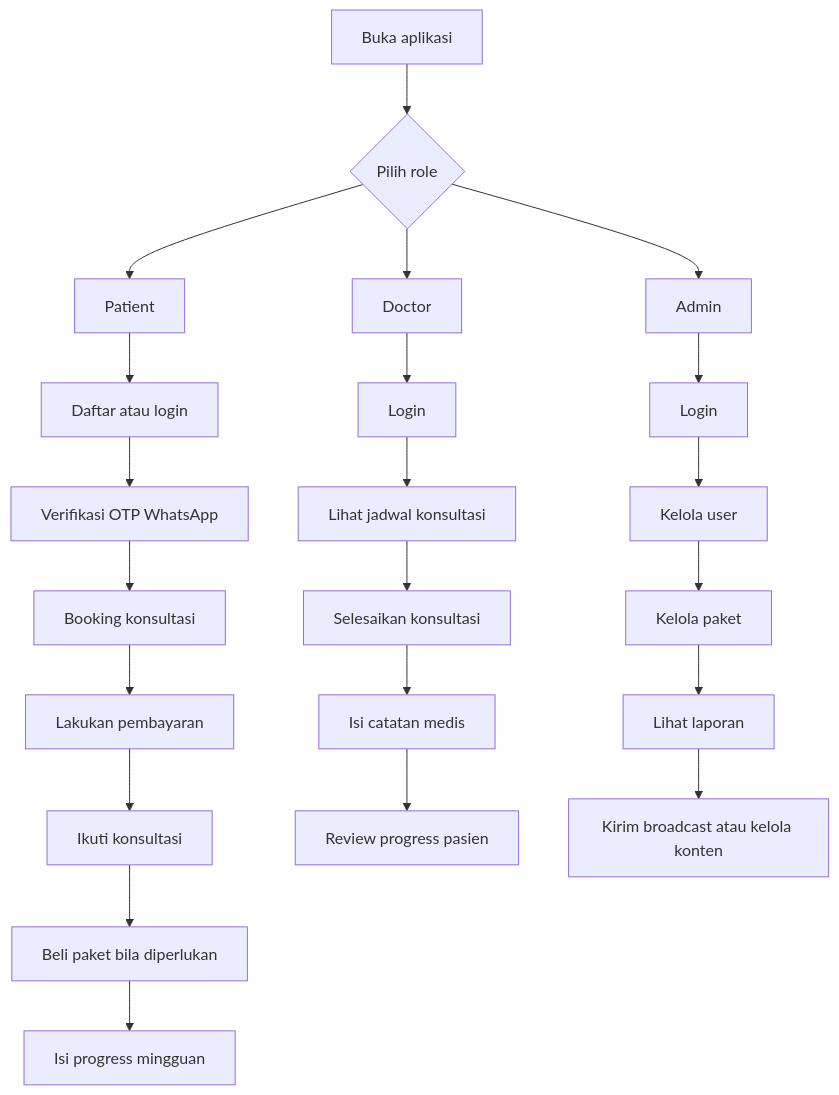
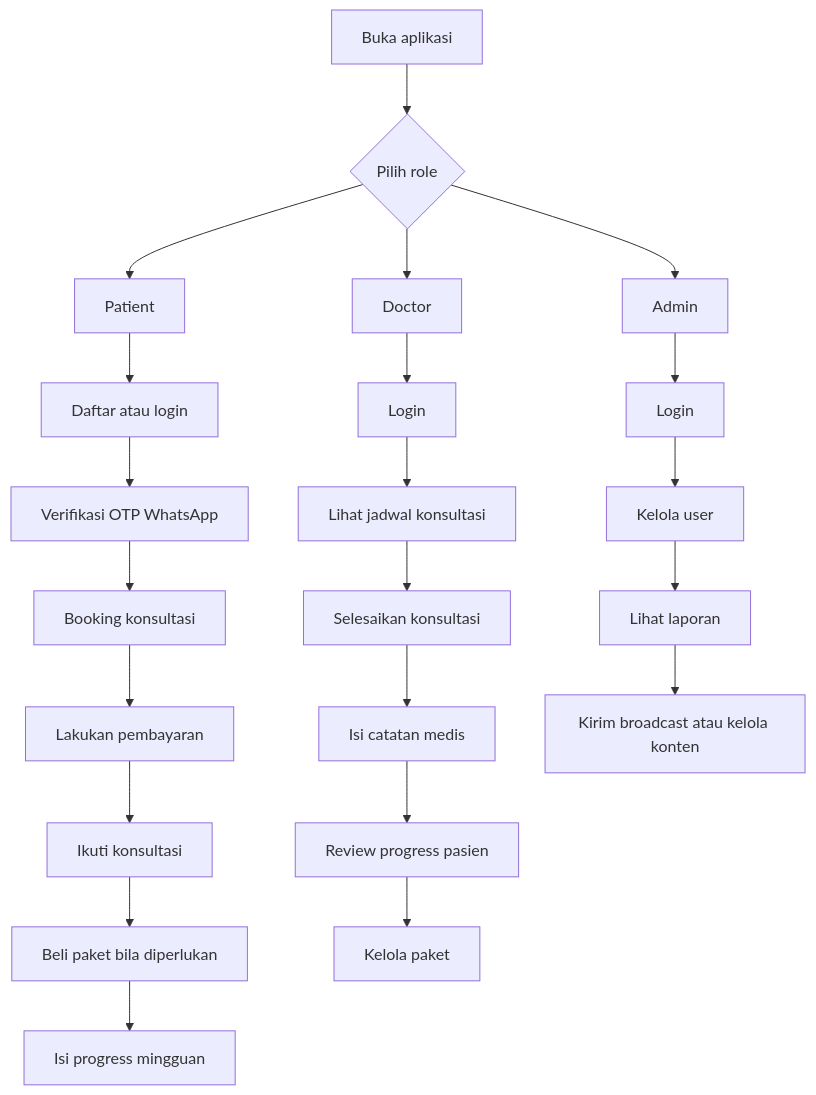
The first of 4 diagrams in docs/cara_menggunakan_aplikasi.md (ranggacaw/more_apps), drawn with Mermaid before and after one commit. The commit also changed other lines of this file and 22 other files, not shown here.

````diff
--- a/docs/cara_menggunakan_aplikasi.md
+++ b/docs/cara_menggunakan_aplikasi.md
@@ -15,27 +15,27 @@
 ```mermaid
 flowchart TD
     A[Buka aplikasi] --> B{Pilih role}
     B --> C[Patient]
     B --> D[Doctor]
     B --> E[Admin]
 
     C --> C1[Daftar atau login]
     C1 --> C2[Verifikasi OTP WhatsApp]
     C2 --> C3[Booking konsultasi]
     C3 --> C4[Lakukan pembayaran]
     C4 --> C5[Ikuti konsultasi]
     C5 --> C6[Beli paket bila diperlukan]
     C6 --> C7[Isi progress mingguan]
 
     D --> D1[Login]
     D1 --> D2[Lihat jadwal konsultasi]
     D2 --> D3[Selesaikan konsultasi]
     D3 --> D4[Isi catatan medis]
     D4 --> D5[Review progress pasien]
+    D5 --> D6[Kelola paket]
 
     E --> E1[Login]
     E1 --> E2[Kelola user]
-    E2 --> E3[Kelola paket]
-    E3 --> E4[Lihat laporan]
-    E4 --> E5[Kirim broadcast atau kelola konten]
+    E2 --> E3[Lihat laporan]
+    E3 --> E4[Kirim broadcast atau kelola konten]
 ```
````
